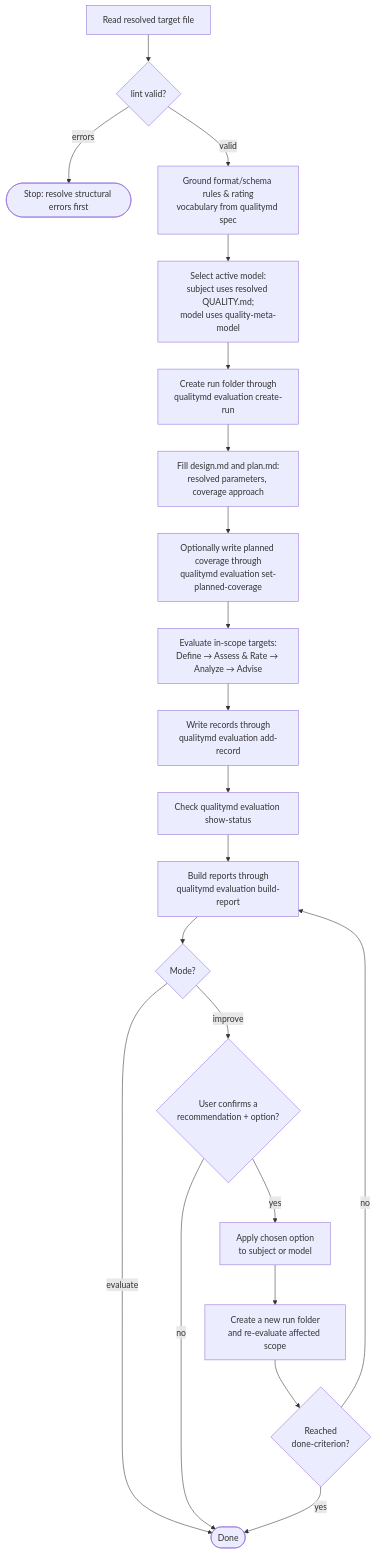
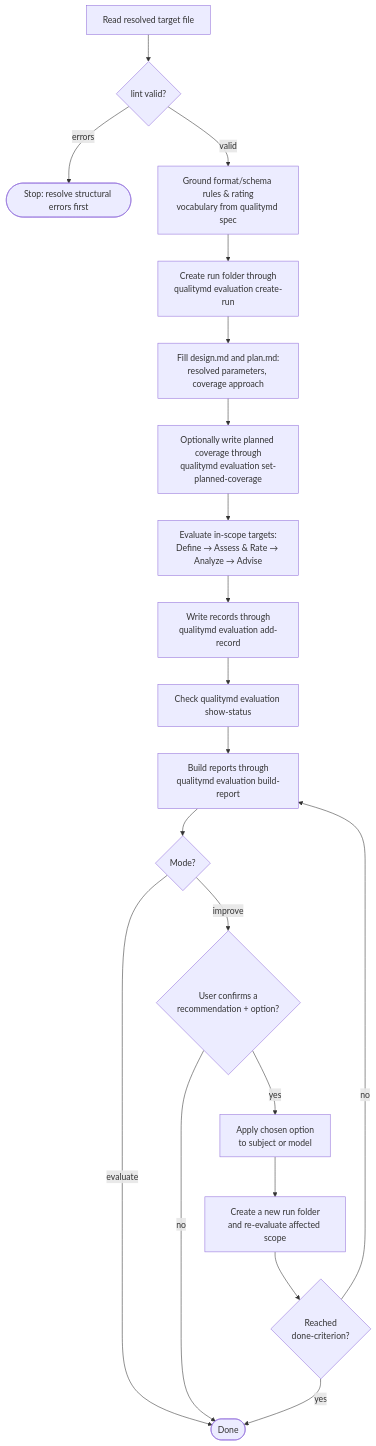
One commit to qualitymd/quality.md changed the diagram in specs/skills/quality-skill/quality-skill.md. Above: the diagram before and after it, drawn with Mermaid. The commit also changed other lines of this file and 29 other files, not shown here.

Commit message:
Replace meta-model with authoring guide

````diff
--- a/specs/skills/quality-skill/quality-skill.md
+++ b/specs/skills/quality-skill/quality-skill.md
@@ -267,23 +254,22 @@
 ```mermaid
 flowchart TD
     Read[Read resolved target file] --> Lint{lint valid?}
     Lint -->|errors| Stop([Stop: resolve structural errors first])
     Lint -->|valid| Ground[Ground format/schema rules &amp; rating<br/>vocabulary from qualitymd spec]
-    Ground --> ActiveModel[Select active model:<br/>subject uses resolved QUALITY.md;<br/>model uses quality-meta-model]
-    ActiveModel --> Run[Create run folder through<br/>qualitymd evaluation create-run]
+    Ground --> Run[Create run folder through<br/>qualitymd evaluation create-run]
     Run --> Plan[Fill design.md and plan.md:<br/>resolved parameters, coverage approach]
     Plan --> Coverage[Optionally write planned coverage through<br/>qualitymd evaluation set-planned-coverage]
     Coverage --> Eval[Evaluate in-scope targets:<br/>Define → Assess &amp; Rate → Analyze → Advise]
     Eval --> Records[Write records through<br/>qualitymd evaluation add-record]
     Records --> Status[Check qualitymd evaluation show-status]
     Status --> Report[Build reports through<br/>qualitymd evaluation build-report]
     Report --> Mode{Mode?}
     Mode -->|evaluate| Done([Done])
     Mode -->|improve| Confirm{User confirms a<br/>recommendation + option?}
     Confirm -->|no| Done
     Confirm -->|yes| Apply[Apply chosen option<br/>to subject or model]
     Apply --> ReEval[Create a new run folder<br/>and re-evaluate affected scope]
     ReEval --> Criterion{Reached<br/>done-criterion?}
     Criterion -->|yes| Done
     Criterion -->|no| Report
 ```
````
